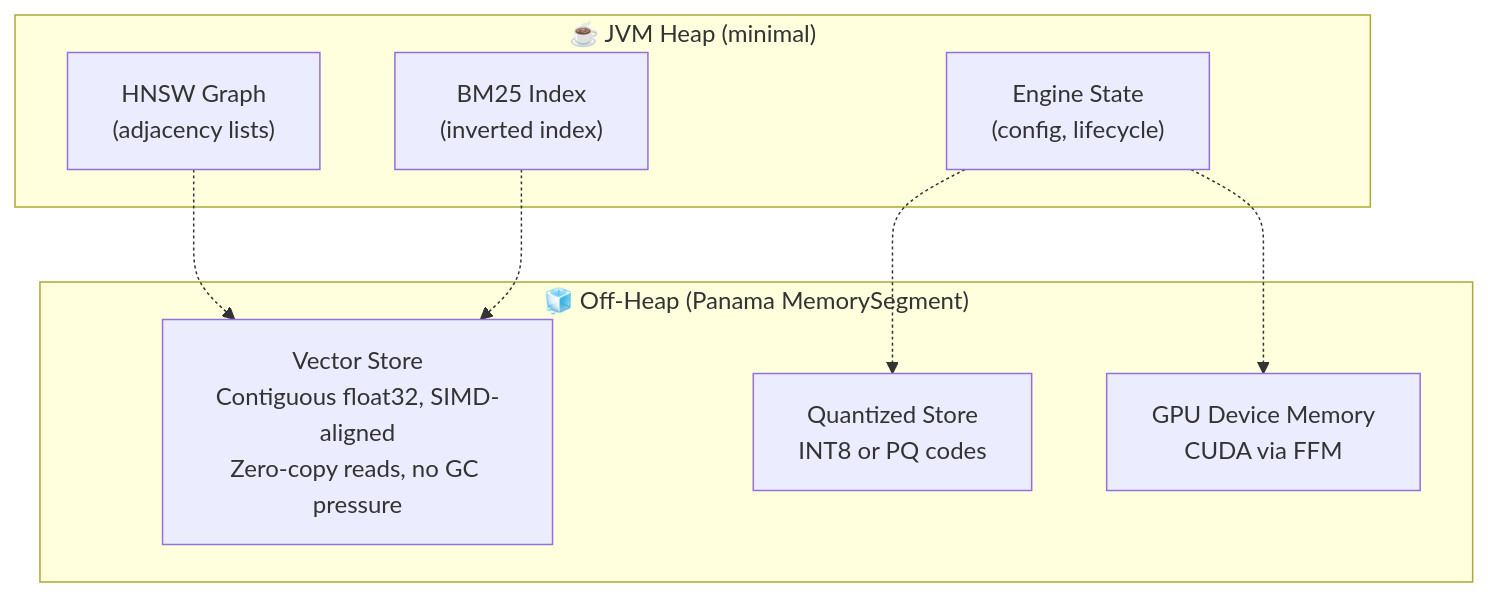
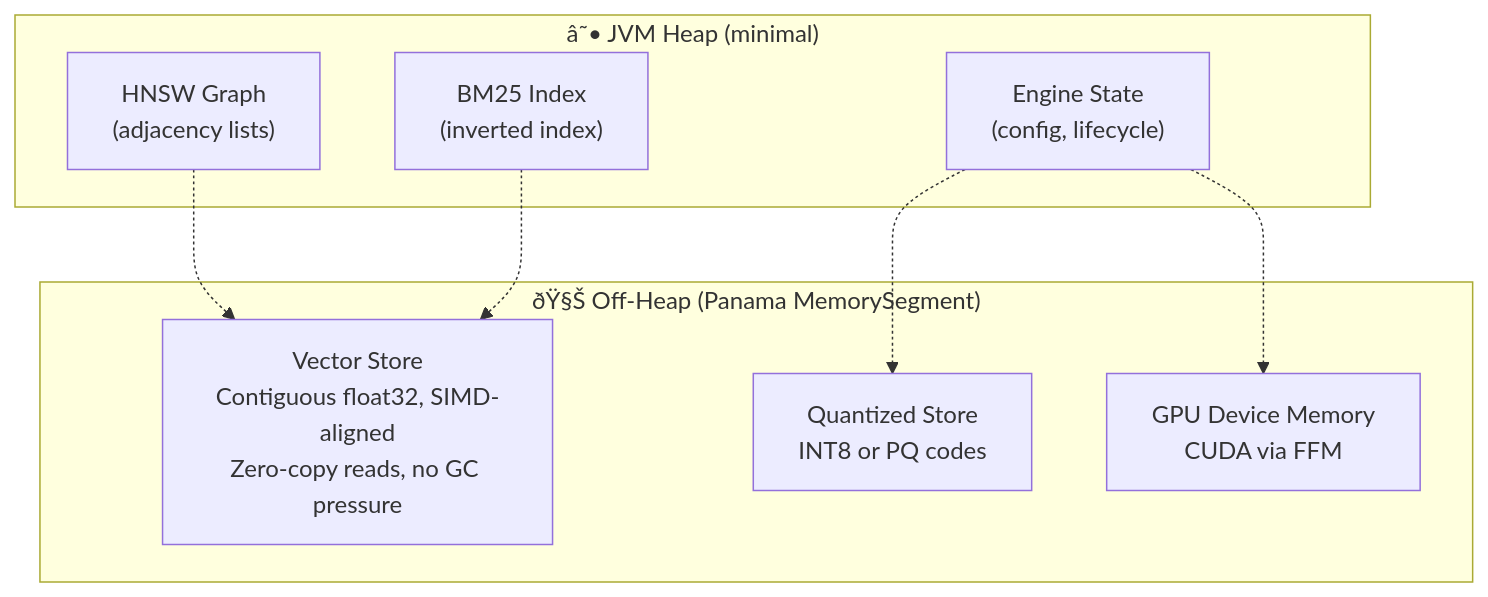
Before and after one commit to spectrayan/spector-search: the sixth of 7 diagrams in docs/docs/architecture/overview.md, drawn with Mermaid. The commit also changed other lines of this file and 23 other files, not shown here.

````diff
--- a/docs/docs/architecture/overview.md
+++ b/docs/docs/architecture/overview.md
@@ -288,19 +288,19 @@
 ```mermaid
 graph TB
-    subgraph "☕ JVM Heap (minimal)"
+    subgraph "â˜• JVM Heap (minimal)"
         HG["HNSW Graph<br/>(adjacency lists)"]
         BM["BM25 Index<br/>(inverted index)"]
         ES["Engine State<br/>(config, lifecycle)"]
     end
 
-    subgraph "🧊 Off-Heap (Panama MemorySegment)"
+    subgraph "ðŸ§Š Off-Heap (Panama MemorySegment)"
         VS["Vector Store<br/>Contiguous float32, SIMD-aligned<br/>Zero-copy reads, no GC pressure"]
         QS["Quantized Store<br/>INT8 or PQ codes"]
         GM["GPU Device Memory<br/>CUDA via FFM"]
     end
 
     HG -.-> VS
     BM -.-> VS
     ES -.-> QS
     ES -.-> GM
 ```
````
